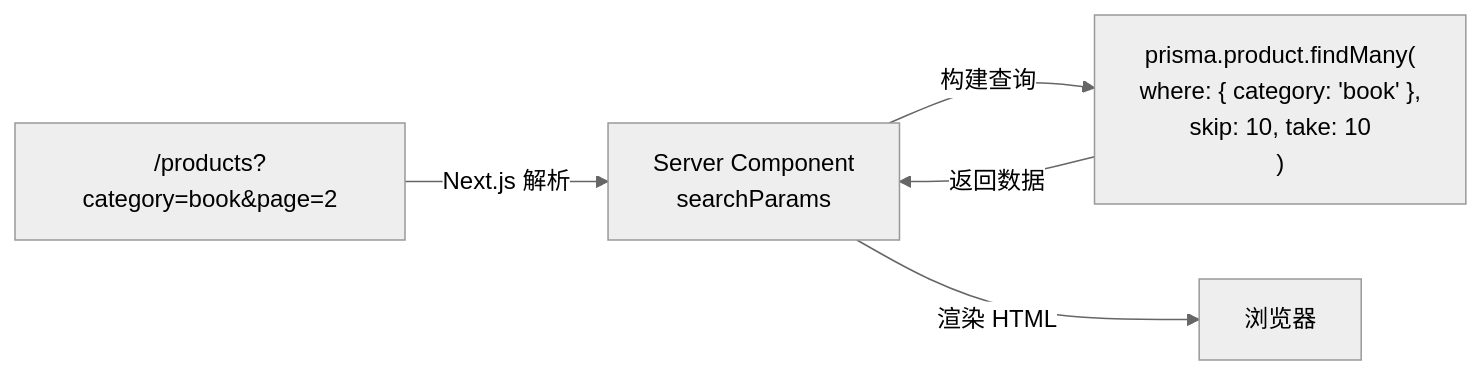
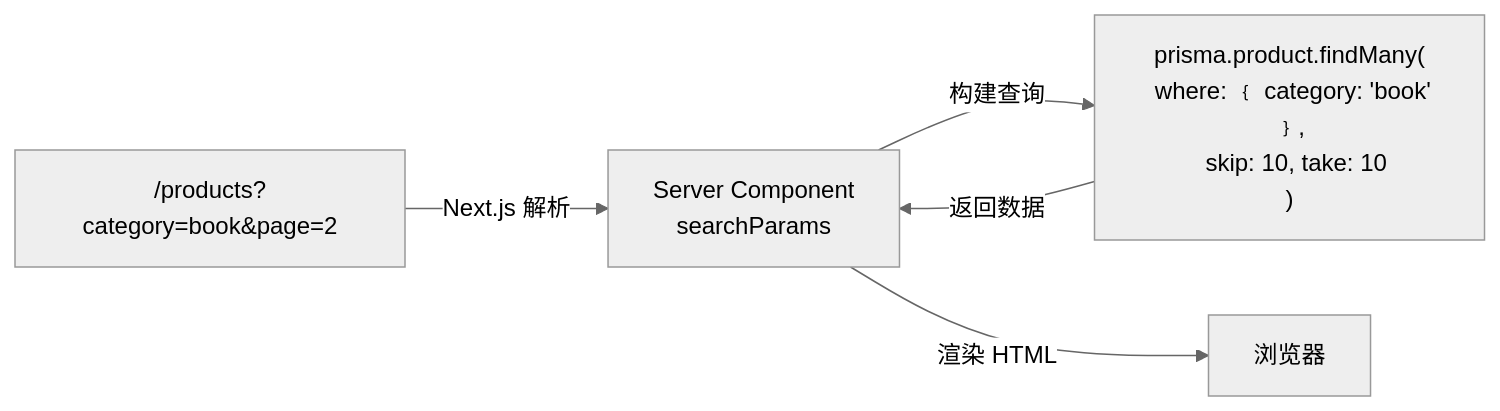
The first of 2 diagrams in docs/Lesson_22.md (boltguo/react_learn), drawn with Mermaid (neutral theme) before and after one commit. The commit also changed other lines of this file and 36 other files, not shown here.

````diff
--- a/docs/Lesson_22.md
+++ b/docs/Lesson_22.md
@@ -14,8 +13,8 @@
 ```mermaid
 flowchart LR
     URL["/products?category=book&page=2"]
-    URL -->|"Next.js 解析"| SC["Server Component\nsearchParams"]
-    SC -->|"构建查询"| DB["prisma.product.findMany(\n  where: { category: 'book' },\n  skip: 10, take: 10\n)"]
+    URL -->|"Next.js 解析"| SC["Server Component<br/>searchParams"]
+    SC -->|"构建查询"| DB["prisma.product.findMany(<br/>  where: ﹛ category: 'book' ﹜,<br/>  skip: 10, take: 10<br/>)"]
     DB -->|"返回数据"| SC
     SC -->|"渲染 HTML"| Browser["浏览器"]
 ```
````
